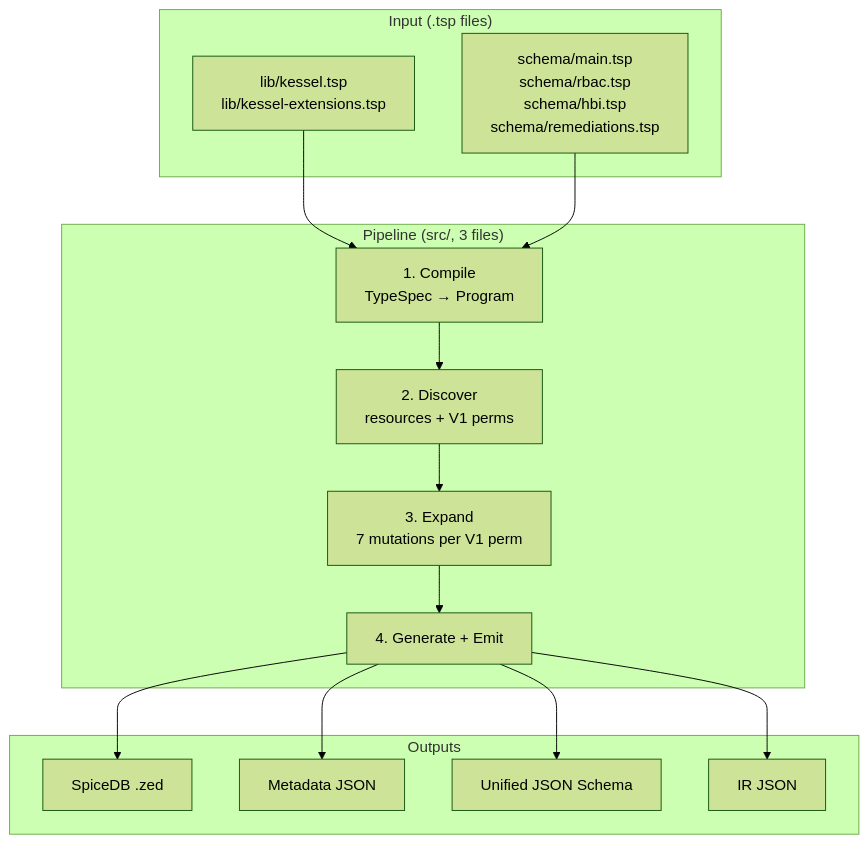
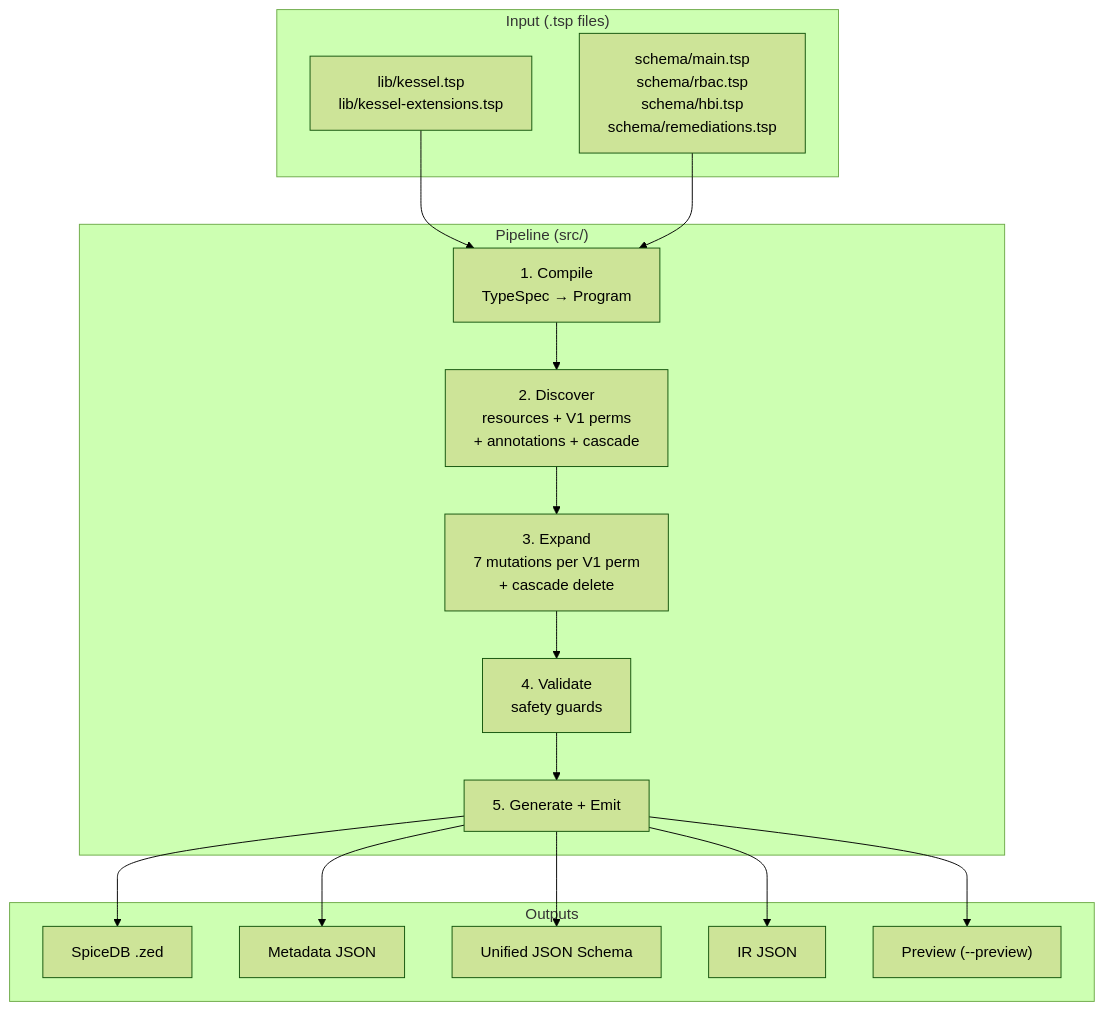
One commit to project-kessel/typespec-as-schema changed the diagram in README.md. Above: the diagram before and after it, drawn with Mermaid (forest theme). The commit also changed other lines of this file and 39 other files, not shown here.

````diff
--- a/README.md
+++ b/README.md
@@ -80,29 +84,32 @@
 ```mermaid
 flowchart TB
   subgraph input ["Input (.tsp files)"]
     lib["lib/kessel.tsp\nlib/kessel-extensions.tsp"]
     schema["schema/main.tsp\nschema/rbac.tsp\nschema/hbi.tsp\nschema/remediations.tsp"]
   end
 
-  subgraph pipeline ["Pipeline (src/, 3 files)"]
+  subgraph pipeline ["Pipeline (src/)"]
     compile["1. Compile\nTypeSpec → Program"]
-    discover["2. Discover\nresources + V1 perms"]
-    expand["3. Expand\n7 mutations per V1 perm"]
-    generate["4. Generate + Emit"]
+    discover["2. Discover\nresources + V1 perms\n+ annotations + cascade"]
+    expand["3. Expand\n7 mutations per V1 perm\n+ cascade delete"]
+    validate["4. Validate\nsafety guards"]
+    generate["5. Generate + Emit"]
   end
 
   subgraph outputs ["Outputs"]
     spicedb["SpiceDB .zed"]
     meta["Metadata JSON"]
     jsonschema["Unified JSON Schema"]
     ir["IR JSON"]
+    preview["Preview (--preview)"]
   end
 
   lib --> compile
   schema --> compile
-  compile --> discover --> expand --> generate
+  compile --> discover --> expand --> validate --> generate
   generate --> spicedb
   generate --> meta
   generate --> jsonschema
   generate --> ir
+  generate --> preview
 ```
````
